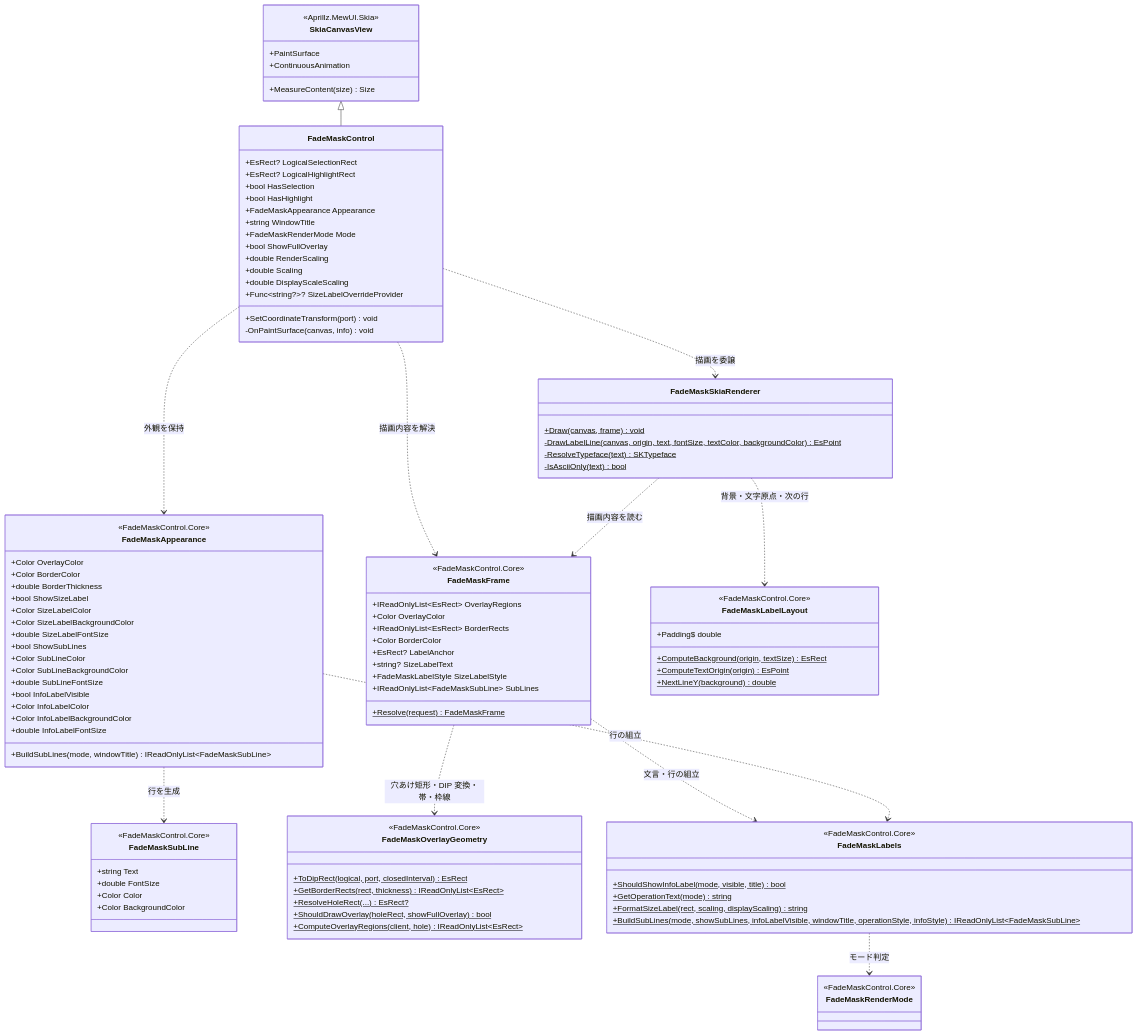
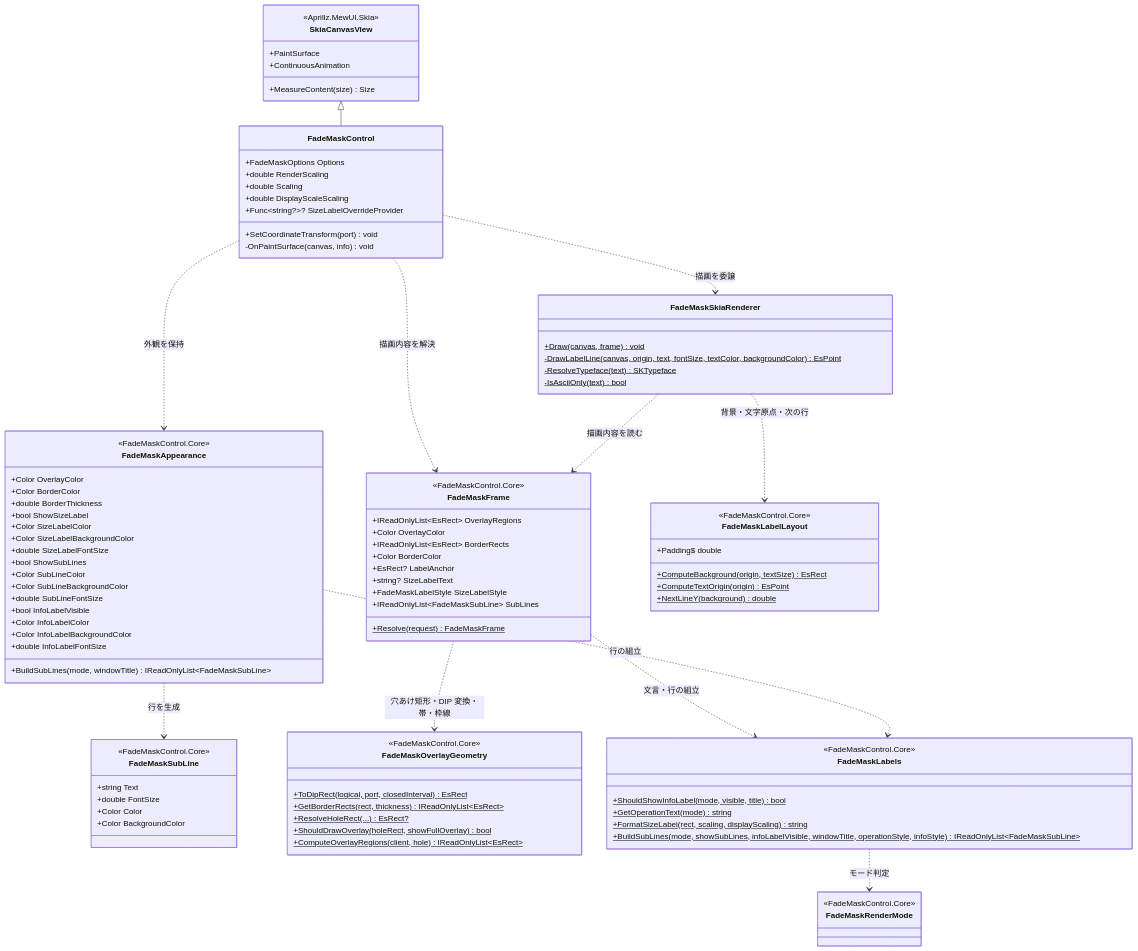
The first of 2 diagrams in src/FadeMaskControl.MewUI/SPEC_System.md (tomokuni/SaveEvidence), drawn with Mermaid before and after one commit. The commit also changed other lines of this file and 32 other files, not shown here.

First line of the commit message:
FadeMaskOptionsで設定と状態を一元化

```diff
--- a/src/FadeMaskControl.MewUI/SPEC_System.md
+++ b/src/FadeMaskControl.MewUI/SPEC_System.md
@@ -80,14 +80,7 @@
         +MeasureContent(size) Size
     }
     class FadeMaskControl {
-        +EsRect? LogicalSelectionRect
-        +EsRect? LogicalHighlightRect
-        +bool HasSelection
-        +bool HasHighlight
-        +FadeMaskAppearance Appearance
-        +string WindowTitle
-        +FadeMaskRenderMode Mode
-        +bool ShowFullOverlay
+        +FadeMaskOptions Options
         +double RenderScaling
         +double Scaling
         +double DisplayScaleScaling
```
